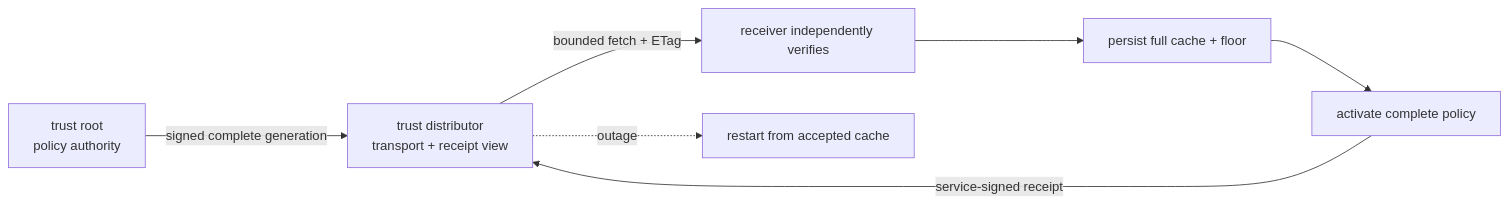
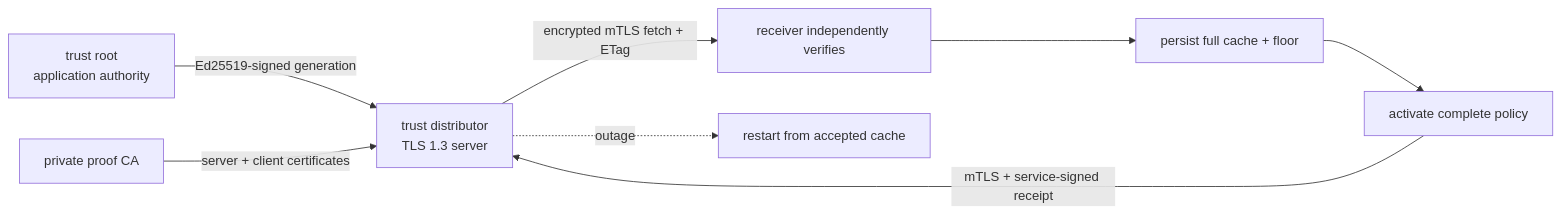
Before and after one commit to conan505/inferLab: the diagram in README.md, drawn with Mermaid. The commit also changed other lines of this file and 60 other files, not shown here.

````diff
--- a/README.md
+++ b/README.md
@@ -14,9 +14,10 @@
 ```mermaid
 flowchart LR
-    Root["trust root<br/>policy authority"] -->|"signed complete generation"| D["trust distributor<br/>transport + receipt view"]
-    D -->|"bounded fetch + ETag"| Verify["receiver independently verifies"]
+    Root["trust root<br/>application authority"] -->|"Ed25519-signed generation"| D["trust distributor<br/>TLS 1.3 server"]
+    Cert["private proof CA"] -->|"server + client certificates"| D
+    D -->|"encrypted mTLS fetch + ETag"| Verify["receiver independently verifies"]
     Verify --> Persist["persist full cache + floor"]
     Persist --> Activate["activate complete policy"]
-    Activate -->|"service-signed receipt"| D
+    Activate -->|"mTLS + service-signed receipt"| D
     D -. "outage" .-> Cache["restart from accepted cache"]
 ```
````
